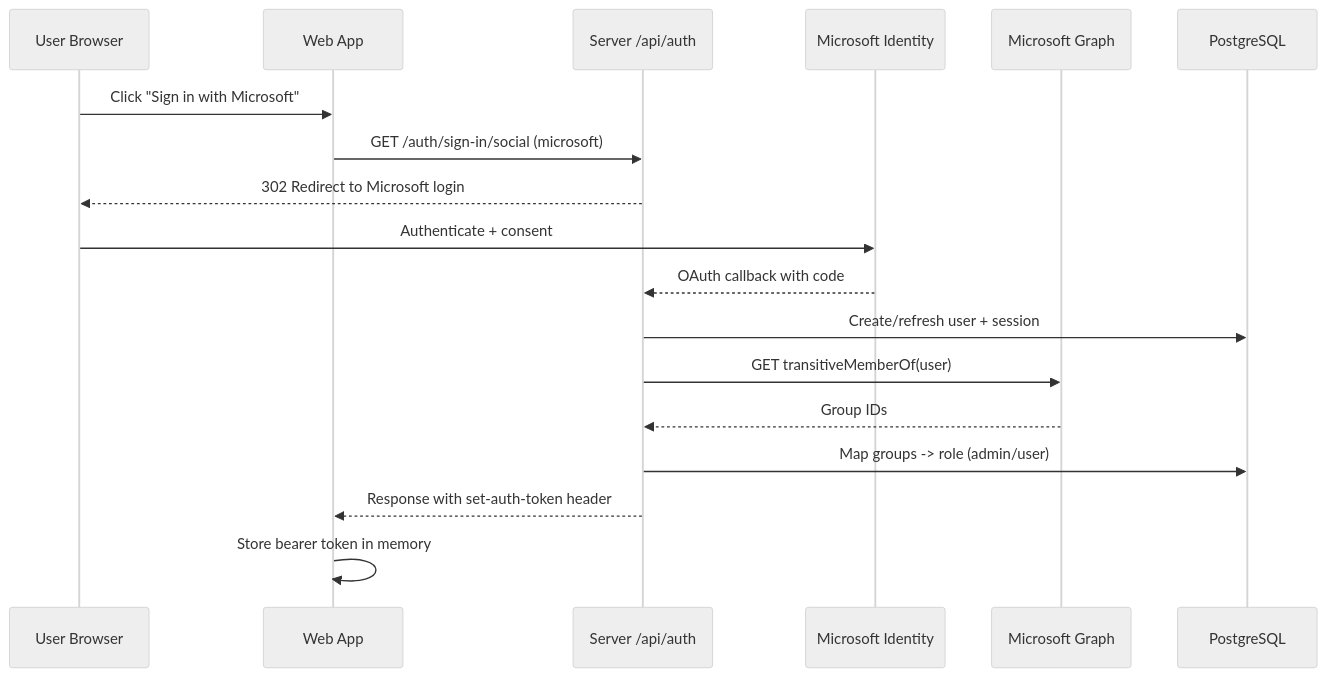
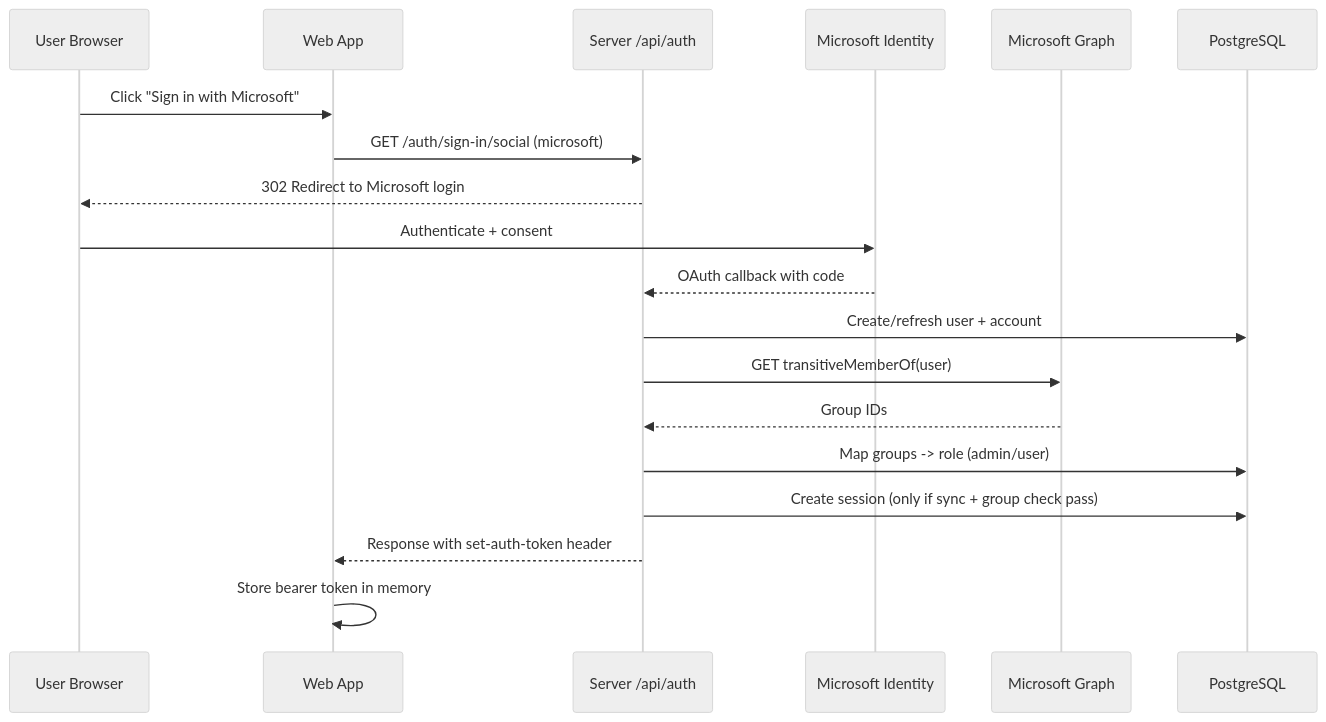
One commit to brandonbryant12/content-studio changed the second of 3 diagrams in docs/architecture/access-control.md. Above: the diagram before and after it, drawn with Mermaid (neutral theme). The commit also changed other lines of this file and 49 other files, not shown here.

````diff
--- a/docs/architecture/access-control.md
+++ b/docs/architecture/access-control.md
@@ -51,21 +51,22 @@
 ```mermaid
 sequenceDiagram
   participant U as User Browser
   participant W as Web App
   participant A as Server /api/auth
   participant MS as Microsoft Identity
   participant G as Microsoft Graph
   participant DB as PostgreSQL
 
   U->>W: Click "Sign in with Microsoft"
   W->>A: GET /auth/sign-in/social (microsoft)
   A-->>U: 302 Redirect to Microsoft login
   U->>MS: Authenticate + consent
   MS-->>A: OAuth callback with code
-  A->>DB: Create/refresh user + session
+  A->>DB: Create/refresh user + account
   A->>G: GET transitiveMemberOf(user)
   G-->>A: Group IDs
   A->>DB: Map groups -> role (admin/user)
+  A->>DB: Create session (only if sync + group check pass)
   A-->>W: Response with set-auth-token header
   W->>W: Store bearer token in memory
 ```
````
